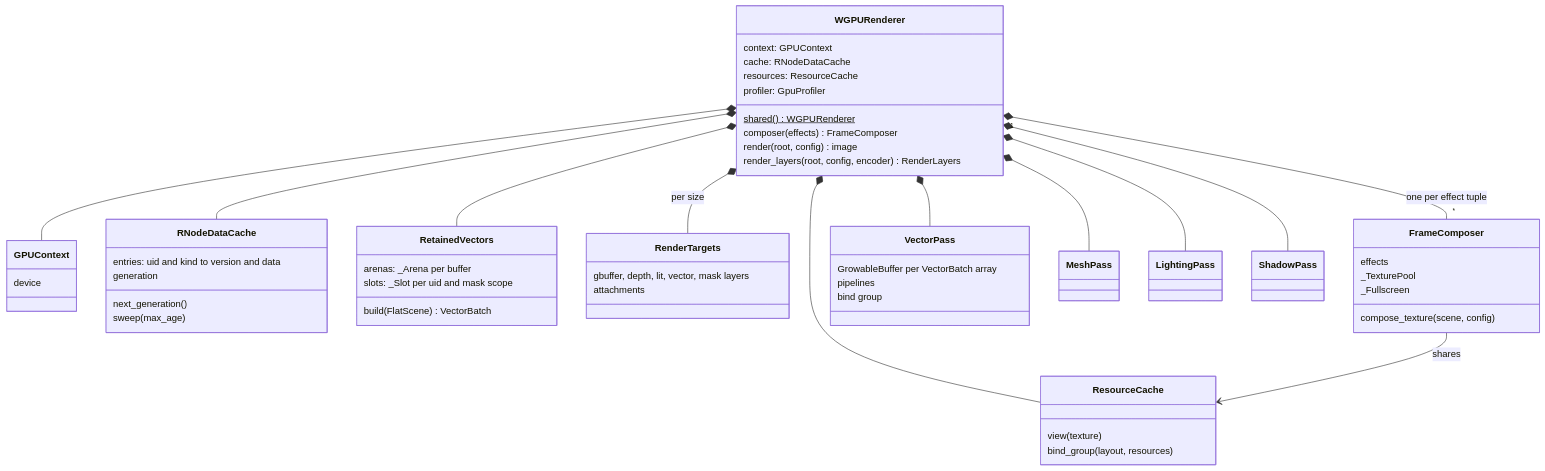
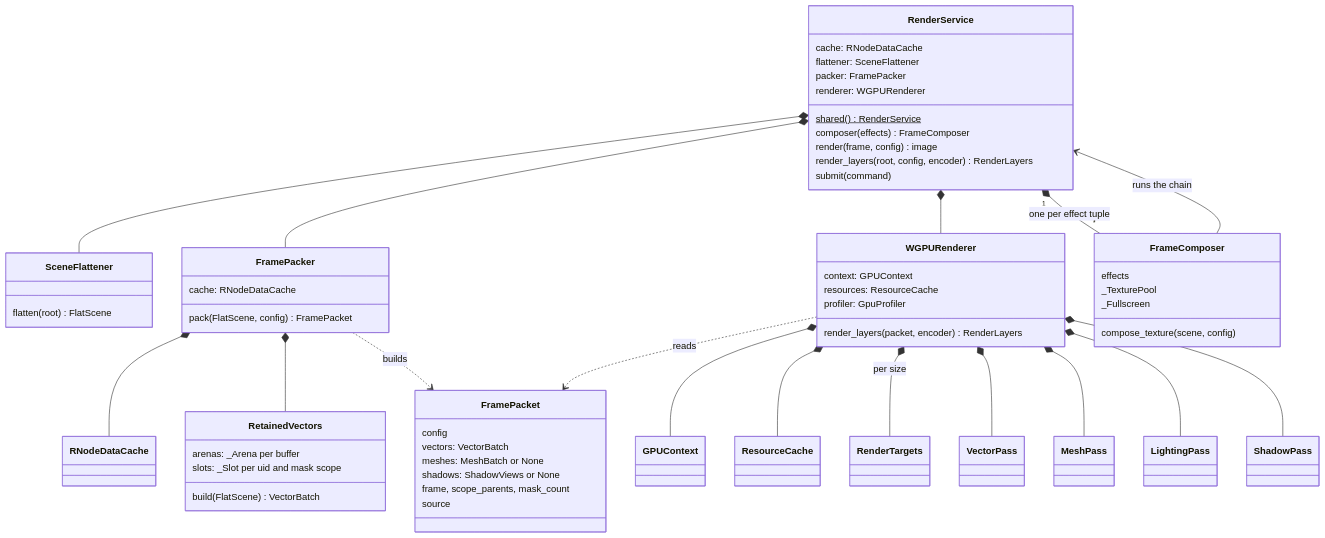
Before and after one commit to MrDiver/manim: the seventh of 9 diagrams in manimx/ARCHITECTURE.md, drawn with Mermaid. The commit also changed other lines of this file and 31 other files, not shown here.

````diff
--- a/manimx/ARCHITECTURE.md
+++ b/manimx/ARCHITECTURE.md
@@ -493,58 +505,63 @@
 ```mermaid
 classDiagram
     direction TB
-    class WGPURenderer {
-        shared()$ WGPURenderer
-        context: GPUContext
+    class RenderService {
+        shared()$ RenderService
         cache: RNodeDataCache
-        resources: ResourceCache
-        profiler: GpuProfiler
+        flattener: SceneFlattener
+        packer: FramePacker
+        renderer: WGPURenderer
         composer(effects) FrameComposer
-        render(root, config) image
+        render(frame, config) image
         render_layers(root, config, encoder) RenderLayers
+        submit(command)
     }
-    class GPUContext {
-        device
+    class SceneFlattener {
+        flatten(root) FlatScene
     }
-    class RNodeDataCache {
-        entries: uid and kind to version and data
-        generation
-        next_generation()
-        sweep(max_age)
+    class FramePacker {
+        cache: RNodeDataCache
+        pack(FlatScene, config) FramePacket
     }
-    class ResourceCache {
-        view(texture)
-        bind_group(layout, resources)
+    class FramePacket {
+        config
+        vectors: VectorBatch
+        meshes: MeshBatch or None
+        shadows: ShadowViews or None
+        frame, scope_parents, mask_count
+        source
     }
     class RetainedVectors {
         arenas: _Arena per buffer
         slots: _Slot per uid and mask scope
         build(FlatScene) VectorBatch
     }
-    class RenderTargets {
-        gbuffer, depth, lit, vector, mask layers
-        attachments
+    class WGPURenderer {
+        context: GPUContext
+        resources: ResourceCache
+        profiler: GpuProfiler
+        render_layers(packet, encoder) RenderLayers
     }
     class FrameComposer {
         effects
         _TexturePool
         _Fullscreen
         compose_texture(scene, config)
     }
-    class VectorPass {
-        GrowableBuffer per VectorBatch array
-        pipelines
-        bind group
-    }
+    RenderService *-- SceneFlattener
+    RenderService *-- FramePacker
+    RenderService *-- WGPURenderer
+    RenderService "1" *-- "*" FrameComposer : one per effect tuple
+    FramePacker *-- RNodeDataCache
+    FramePacker *-- RetainedVectors
+    FramePacker ..> FramePacket : builds
+    WGPURenderer ..> FramePacket : reads
     WGPURenderer *-- GPUContext
-    WGPURenderer *-- RNodeDataCache
     WGPURenderer *-- ResourceCache
-    WGPURenderer *-- RetainedVectors
     WGPURenderer *-- RenderTargets : per size
     WGPURenderer *-- VectorPass
     WGPURenderer *-- MeshPass
     WGPURenderer *-- LightingPass
     WGPURenderer *-- ShadowPass
-    WGPURenderer "1" *-- "*" FrameComposer : one per effect tuple
-    FrameComposer --> ResourceCache : shares
+    FrameComposer --> RenderService : runs the chain
 ```
````
